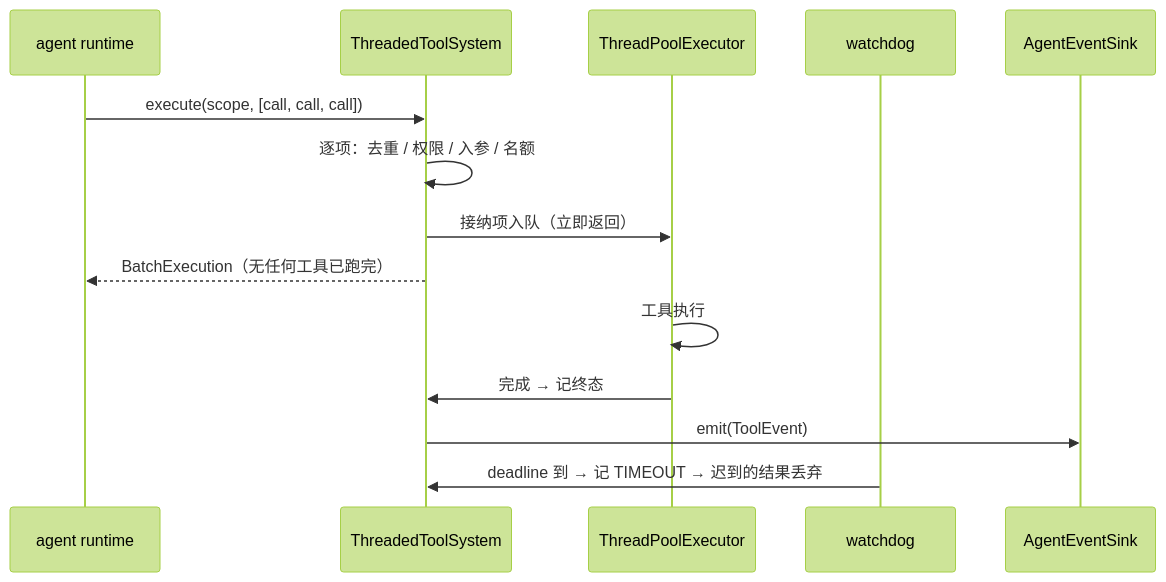
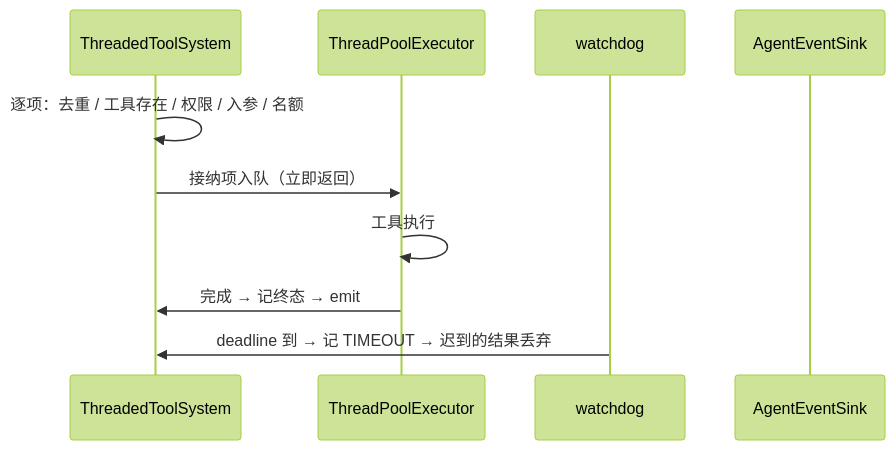
One commit to HymioSpace/Oath changed the diagram in spec/feature-tool-system.md. Above: the diagram before and after it, drawn with Mermaid (forest theme). The commit also changed other lines of this file, not shown here.

````diff
--- a/spec/feature-tool-system.md
+++ b/spec/feature-tool-system.md
@@ -434,17 +136,13 @@
 ```mermaid
 sequenceDiagram
-    participant Caller as agent runtime
     participant TS as ThreadedToolSystem
     participant Pool as ThreadPoolExecutor
     participant W as watchdog
     participant Sink as AgentEventSink
 
-    Caller->>TS: execute(scope, [call, call, call])
-    TS->>TS: 逐项：去重 / 权限 / 入参 / 名额
+    TS->>TS: 逐项：去重 / 工具存在 / 权限 / 入参 / 名额
     TS->>Pool: 接纳项入队（立即返回）
-    TS-->>Caller: BatchExecution（无任何工具已跑完）
     Pool->>Pool: 工具执行
-    Pool->>TS: 完成 → 记终态
-    TS->>Sink: emit(ToolEvent)
+    Pool->>TS: 完成 → 记终态 → emit
     W->>TS: deadline 到 → 记 TIMEOUT → 迟到的结果丢弃
 ```
````
